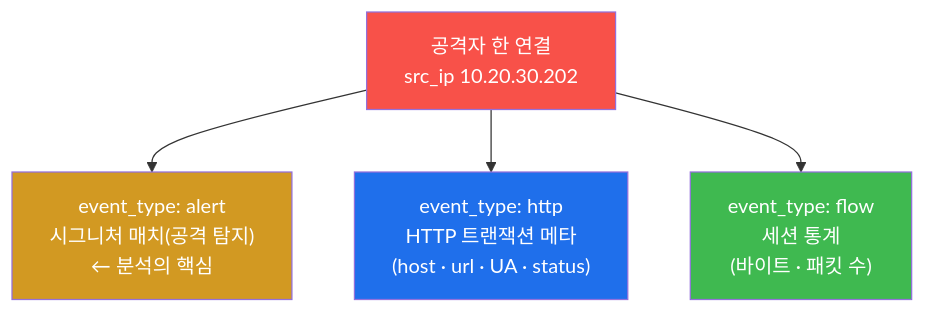
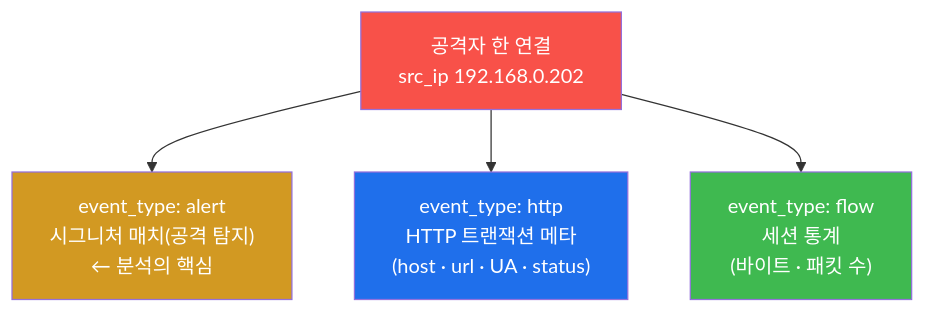
One commit to mrgrit/tw2 changed the fourth of 6 diagrams in contents/training/soc/lecture_week03.md. Above: the diagram before and after it, drawn with Mermaid. The commit also changed other lines of this file and 304 other files, not shown here.

````diff
--- a/contents/training/soc/lecture_week03.md
+++ b/contents/training/soc/lecture_week03.md
@@ -379,14 +379,14 @@
 ```mermaid
 graph TD
-    FLOW["공격자 한 연결<br/>src_ip 10.20.30.202"]
+    FLOW["공격자 한 연결<br/>src_ip 192.168.0.202"]
     AL["event_type: alert<br/>시그니처 매치(공격 탐지)<br/>← 분석의 핵심"]
     HT["event_type: http<br/>HTTP 트랜잭션 메타<br/>(host · url · UA · status)"]
     FL["event_type: flow<br/>세션 통계<br/>(바이트 · 패킷 수)"]
     FLOW --> AL
     FLOW --> HT
     FLOW --> FL
     style FLOW fill:#f85149,color:#fff
     style AL fill:#d29922,color:#fff
     style HT fill:#1f6feb,color:#fff
     style FL fill:#3fb950,color:#fff
 ```
````
